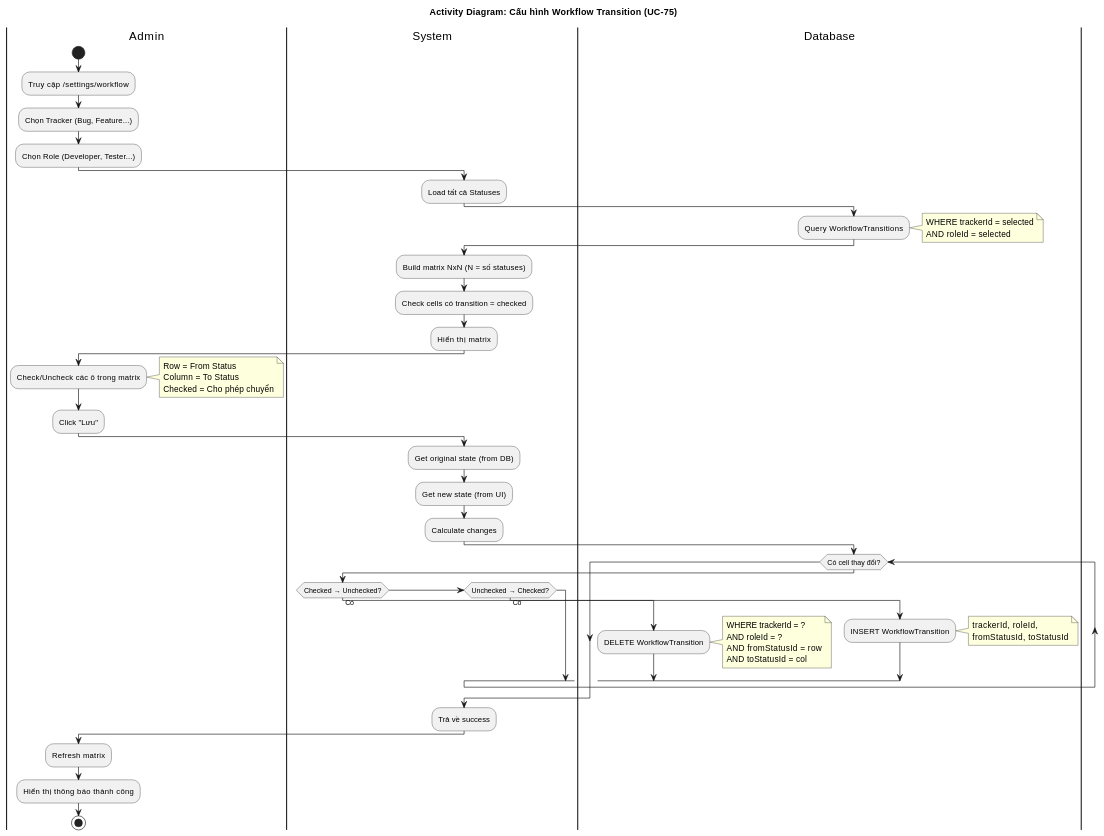
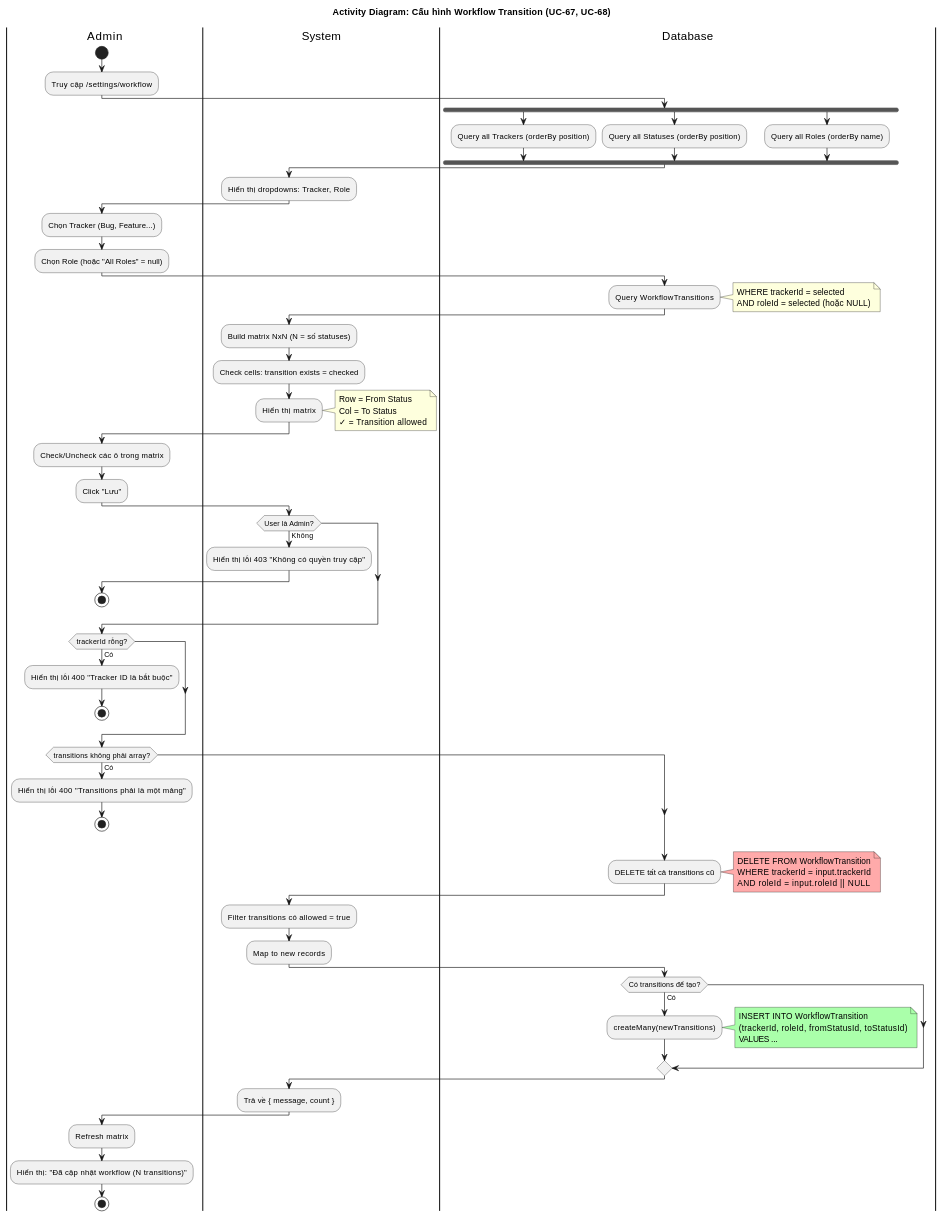
Before and after one commit to docuong039/worksphere: the diagram in docs/activity_diagram/15-workflow-config.md, drawn with PlantUML. The commit also changed other lines of this file and 44 other files, not shown here.

Commit message:
update diagram trong docs

````diff
--- a/docs/activity_diagram/15-workflow-config.md
+++ b/docs/activity_diagram/15-workflow-config.md
@@ -22,70 +24,97 @@
 ```plantuml
 @startuml
-title Activity Diagram: Cấu hình Workflow Transition (UC-75)
+title Activity Diagram: Cấu hình Workflow Transition (UC-67, UC-68)
 
 |Admin|
 start
 :Truy cập /settings/workflow;
-:Chọn Tracker (Bug, Feature...);
-:Chọn Role (Developer, Tester...);
 
 |System|
-:Load tất cả Statuses;
+|Database|
+fork
+  :Query all Trackers (orderBy position);
+fork again
+  :Query all Statuses (orderBy position);
+fork again
+  :Query all Roles (orderBy name);
+end fork
+
+|System|
+:Hiển thị dropdowns: Tracker, Role;
+
+|Admin|
+:Chọn Tracker (Bug, Feature...);
+:Chọn Role (hoặc "All Roles" = null);
 
 |Database|
 :Query WorkflowTransitions;
 note right
   WHERE trackerId = selected
-  AND roleId = selected
+  AND roleId = selected (hoặc NULL)
 end note
 
 |System|
 :Build matrix NxN (N = số statuses);
-:Check cells có transition = checked;
+:Check cells: transition exists = checked;
 :Hiển thị matrix;
+note right
+  Row = From Status
+  Col = To Status
+  ✓ = Transition allowed
+end note
 
 |Admin|
 :Check/Uncheck các ô trong matrix;
-note right
-  Row = From Status
-  Column = To Status
-  Checked = Cho phép chuyển
-end note
 :Click "Lưu";
 
 |System|
-:Get original state (from DB);
-:Get new state (from UI);
-:Calculate changes;
+if (User là Admin?) then (Không)
+  :Hiển thị lỗi 403 "Không có quyền truy cập";
+  |Admin|
+  stop
+endif
+
+if (trackerId rỗng?) then (Có)
+  :Hiển thị lỗi 400 "Tracker ID là bắt buộc";
+  |Admin|
+  stop
+endif
+
+if (transitions không phải array?) then (Có)
+  :Hiển thị lỗi 400 "Transitions phải là một mảng";
+  |Admin|
+  stop
+endif
+
+' ========== DELETE-CREATE PATTERN ==========
+|Database|
+:DELETE tất cả transitions cũ;
+note right #FFAAAA
+  DELETE FROM WorkflowTransition
+  WHERE trackerId = input.trackerId
+  AND roleId = input.roleId || NULL
+end note
+
+|System|
+:Filter transitions có allowed = true;
+:Map to new records;
 
 |Database|
-while (Có cell thay đổi?)
-  |System|
-  if (Checked → Unchecked?) then (Có)
-    |Database|
-    :DELETE WorkflowTransition;
-    note right
-      WHERE trackerId = ?
-      AND roleId = ?
-      AND fromStatusId = row
-      AND toStatusId = col
-    end note
-  else if (Unchecked → Checked?) then (Có)
-    |Database|
-    :INSERT WorkflowTransition;
-    note right
-      trackerId, roleId,
-      fromStatusId, toStatusId
-    end note
-  endif
-endwhile
+if (Có transitions để tạo?) then (Có)
+  :createMany(newTransitions);
+  note right #AAFFAA
+    INSERT INTO WorkflowTransition
+    (trackerId, roleId, fromStatusId, toStatusId)
+    VALUES ...
+  end note
+endif
 
 |System|
-:Trả về success;
+:Trả về { message, count };
 
 |Admin|
 :Refresh matrix;
-:Hiển thị thông báo thành công;
+:Hiển thị: "Đã cập nhật workflow (N transitions)";
 
 stop
 
````
